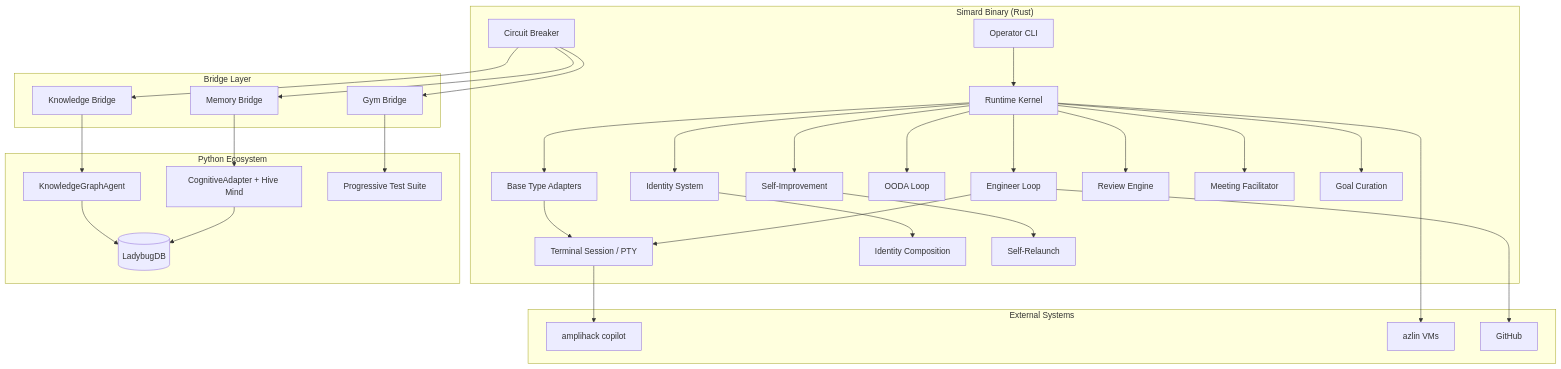
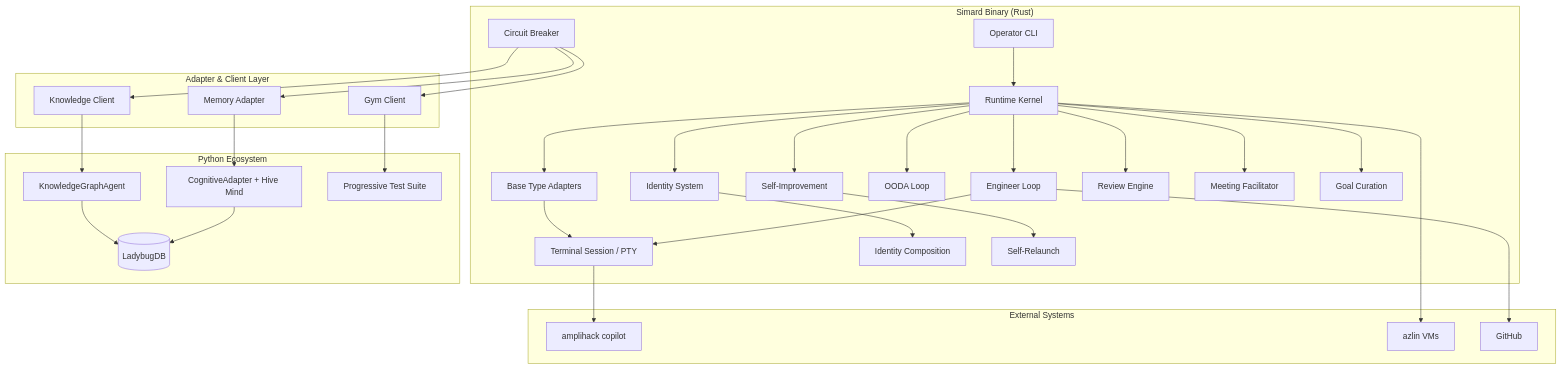
The diagram in docs/architecture/overview.md (rysweet/Simard), drawn with Mermaid before and after one commit. The commit also changed other lines of this file and 9 other files, not shown here.

````diff
--- a/docs/architecture/overview.md
+++ b/docs/architecture/overview.md
@@ -15,65 +15,65 @@
 ```mermaid
 graph TB
     subgraph "Simard Binary (Rust)"
         CLI[Operator CLI]
         RT[Runtime Kernel]
         EL[Engineer Loop]
         TS[Terminal Session / PTY]
         BT[Base Type Adapters]
         ID[Identity System]
         IC[Identity Composition]
         CB[Circuit Breaker]
         OODA[OODA Loop]
         SI[Self-Improvement]
         SR[Self-Relaunch]
         REV[Review Engine]
         MF[Meeting Facilitator]
         GC[Goal Curation]
 
         CLI --> RT
         RT --> EL
         RT --> BT
         RT --> OODA
         EL --> TS
         BT --> TS
         RT --> ID
         ID --> IC
         RT --> SI
         SI --> SR
         RT --> REV
         RT --> MF
         RT --> GC
     end
 
-    subgraph "Bridge Layer"
-        MB[Memory Bridge]
-        KB[Knowledge Bridge]
-        GB[Gym Bridge]
+    subgraph "Adapter & Client Layer"
+        MB[Memory Adapter]
+        KB[Knowledge Client]
+        GB[Gym Client]
         CB --> MB
         CB --> KB
         CB --> GB
     end
 
     subgraph "Python Ecosystem"
         CMA[CognitiveAdapter + Hive Mind]
         KGA[KnowledgeGraphAgent]
         EVA[Progressive Test Suite]
         LBUG[(LadybugDB)]
 
         MB --> CMA
         KB --> KGA
         GB --> EVA
         CMA --> LBUG
         KGA --> LBUG
     end
 
     subgraph "External Systems"
         AMP[amplihack copilot]
         AZLIN[azlin VMs]
         GH[GitHub]
     end
 
     TS --> AMP
     RT --> AZLIN
     EL --> GH
 ```
````
